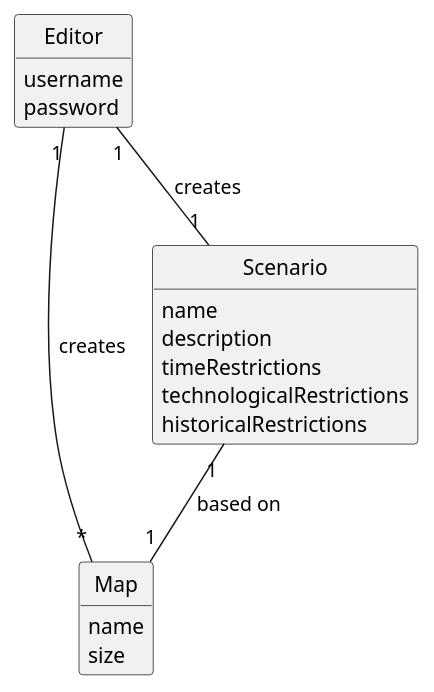
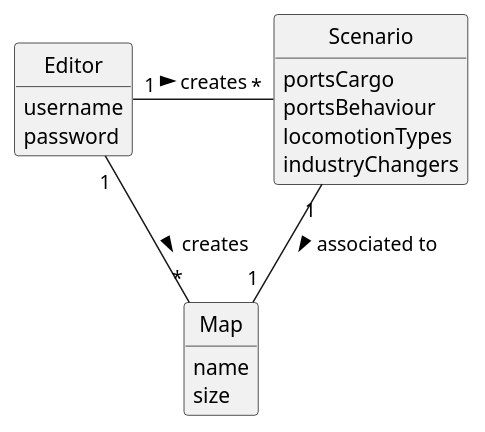
One commit to 1240935/pi2-railway-simulator changed the diagram in docsFinais/US004/02.analysis/puml/US004-DM.puml. Above: the diagram before and after it, drawn with PlantUML. The commit also changed 31 other files, not shown here.

```diff
--- a/docsFinais/US004/02.analysis/puml/US004-DM.puml
+++ b/docsFinais/US004/02.analysis/puml/US004-DM.puml
@@ -1,34 +1,33 @@
 @startuml
 skinparam monochrome true
 skinparam packageStyle rectangle
 skinparam shadowing false
-
+'skinparam linetype ortho
+'left to right direction
 skinparam classAttributeIconSize 0
 hide circle
 hide methods
 
-'title Domain Model - User Story 004
 
 class Map {
     name
     size
 }
 
 class Scenario {
-    name
-    description
-    timeRestrictions
-    technologicalRestrictions
-    historicalRestrictions
+    portsCargo
+    portsBehaviour
+    locomotionTypes
+    industryChangers
 }
 
 class Editor {
     username
     password
 }
 
-Editor "1" -- "*" Map : creates
-Editor "1" -- "1" Scenario : creates
-Scenario "1" -- "1" Map : based on
+Editor "1" - "*" Map : creates >
+Editor "1" - "*" Scenario : creates >
+Scenario "1" -- "1" Map : associated to >
 
 @enduml
```
